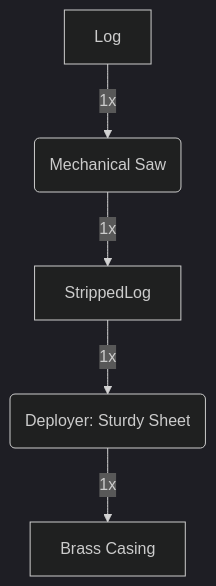
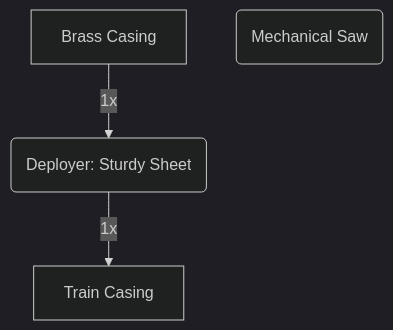
Before and after one commit to AltriusRS/create-docs-2: the diagram in content/Recipes/Train Casing.md, drawn with Mermaid (dark theme). The commit also changed 1 other file, not shown here.

Commit message:
vault backup: 2026-09-26 15:54:38

````diff
--- a/content/Recipes/Train Casing.md
+++ b/content/Recipes/Train Casing.md
@@ -22,11 +22,10 @@
 ```mermaid
 flowchart TD
 	Casing[Brass Casing]
+	TrainCasing[Train Casing]
 	Saw(Mechanical Saw)
 	Deployer(Deployer: Sturdy Sheet)
 	
-	Log --> | 1x | Saw
-	Saw --> | 1x | StrippedLog
-	StrippedLog --> | 1x | Deployer
-	Deployer --> | 1x | Casing
+	Casing --> | 1x | Deployer
+	Deployer --> | 1x | TrainCasing
 ```
````
